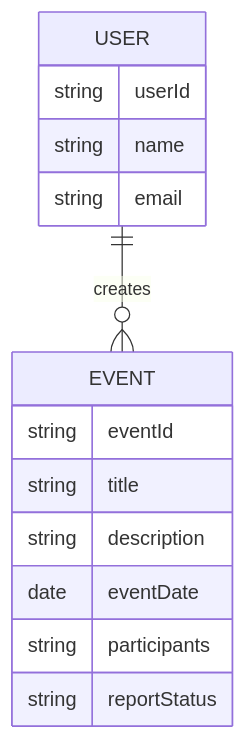
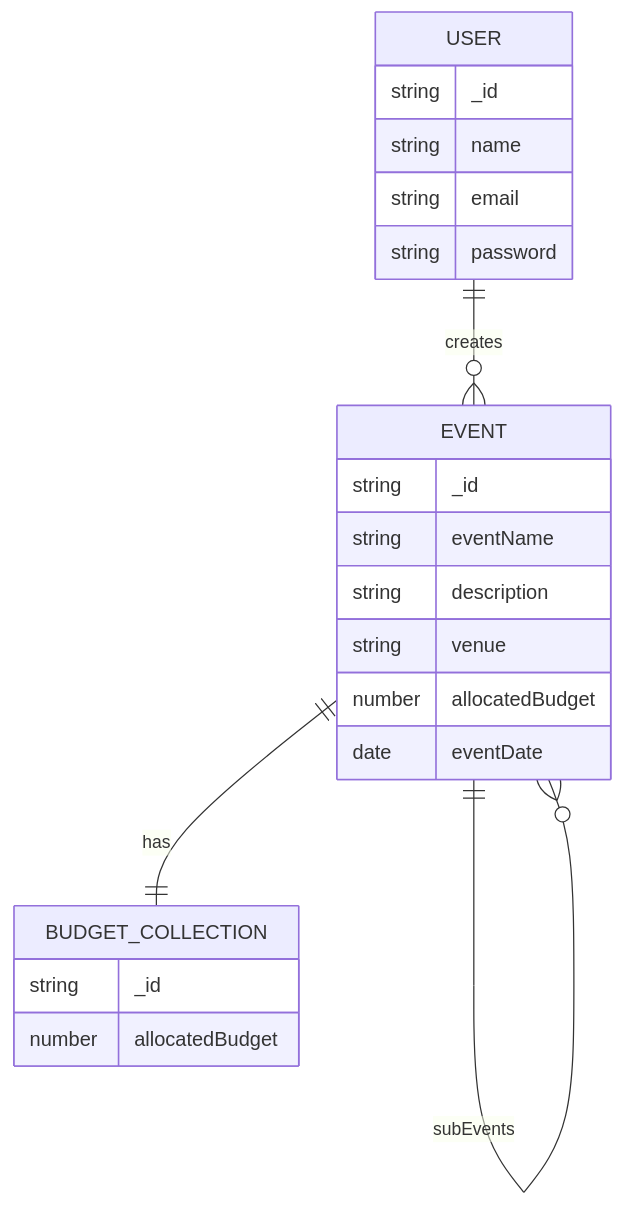
The second of 3 diagrams in README.md (piyush112007/Intellivent), drawn with Mermaid before and after one commit. The commit also changed other lines of this file, not shown here.

````diff
--- a/README.md
+++ b/README.md
@@ -130,20 +187,29 @@
 ```mermaid
 erDiagram
 
 USER ||--o{ EVENT : creates
+EVENT ||--o{ EVENT : subEvents
 
 USER {
-  string userId
+  string _id
   string name
   string email
+  string password
 }
 
 EVENT {
-  string eventId
-  string title
+  string _id
+  string eventName
   string description
+  string venue
+  number allocatedBudget
   date eventDate
-  string participants
-  string reportStatus
 }
+
+BUDGET_COLLECTION {
+  string _id
+  number allocatedBudget
+}
+
+EVENT ||--|| BUDGET_COLLECTION : has
 ```
````
